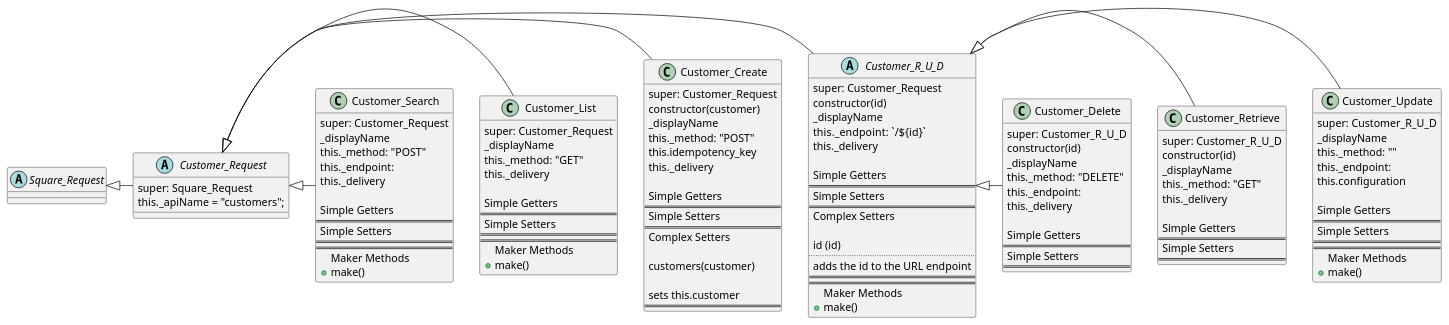
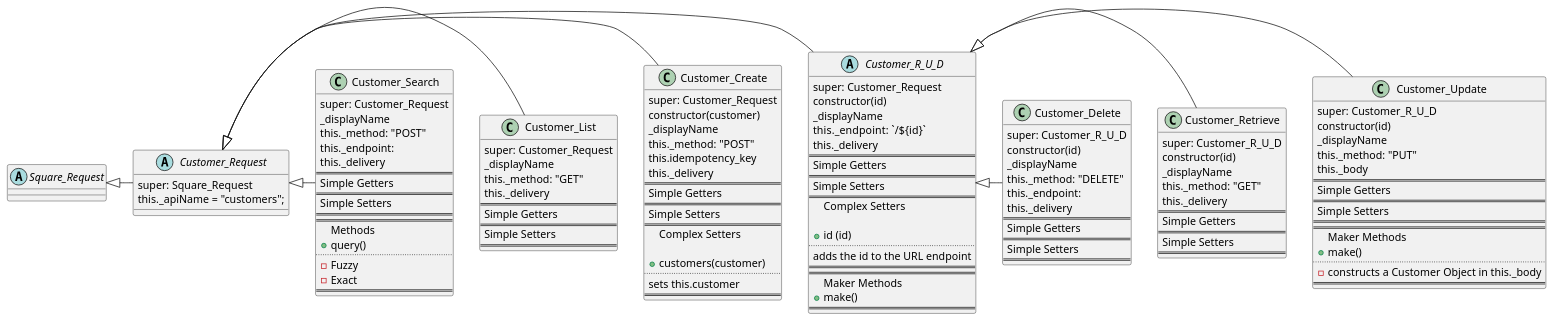
The diagram in docs/uml/pie_customer_api.puml (TwoFistedJustice/square-pie), drawn with PlantUML before and after one commit.

Commit message:
docs: diagram Customer_Update

```diff
--- a/docs/uml/pie_customer_api.puml
+++ b/docs/uml/pie_customer_api.puml
@@ -1,146 +1,151 @@
 @startuml
 'https://plantuml.com/class-diagram
 
 Square_Request <|- Customer_Request
 Customer_Request <|- Customer_R_U_D
 Customer_R_U_D <|- Customer_Update
 Customer_R_U_D <|- Customer_Retrieve
 Customer_R_U_D <|- Customer_Delete
 Customer_Request <|- Customer_Create
 Customer_Request <|- Customer_List
 Customer_Request <|- Customer_Search
 
 abstract class Square_Request {}
 abstract class Customer_Request {
 super: Square_Request
 this._apiName = "customers";
 }
 
 abstract class Customer_R_U_D {
 super: Customer_Request
 constructor(id)
 _displayName
 this._endpoint:  `/${id}`
 this._delivery
-
+==
 Simple Getters
 ==
 Simple Setters
 ==
 Complex Setters
 
-id (id)
++id (id)
 ..
 adds the id to the URL endpoint
 ==
 ==
 Maker Methods
 +make()
-}
-class Customer_Update {
-super: Customer_R_U_D
-_displayName
-this._method: ""
-this._endpoint:
-this.configuration
-
-Simple Getters
 ==
-Simple Setters
-==
-==
-Maker Methods
-+make()
 }
 class Customer_Retrieve {
 super: Customer_R_U_D
 constructor(id)
 _displayName
 this._method: "GET"
 this._delivery
-
+==
 Simple Getters
 ==
 Simple Setters
 ==
 }
 class Customer_Delete {
 super: Customer_R_U_D
 constructor(id)
 _displayName
 this._method: "DELETE"
 this._endpoint:
 this._delivery
-
+==
 Simple Getters
 ==
 Simple Setters
 ==
 }
 
 class Customer_Create {
 super: Customer_Request
 constructor(customer)
 _displayName
 this._method: "POST"
 this.idempotency_key
 this._delivery
-
+==
 Simple Getters
 ==
 Simple Setters
 ==
 Complex Setters
 
-customers(customer)
-
++customers(customer)
+..
 sets this.customer
 ==
 }
 class Customer_List {
 super: Customer_Request
 _displayName
 this._method: "GET"
 this._delivery
+==
+Simple Getters
+==
+Simple Setters
+==
+}
+class Customer_Search {
+super: Customer_Request
+_displayName
+this._method: "POST"
+this._endpoint:
+this._delivery
+==
+Simple Getters
+==
+Simple Setters
+==
+==
+Methods
++query()
+..
+-Fuzzy
+-Exact
+==
+}
 
+
+
+
+
+class Customer_Update {
+super: Customer_R_U_D
+constructor(id)
+_displayName
+this._method: "PUT"
+this._body
+==
 Simple Getters
 ==
 Simple Setters
 ==
 ==
 Maker Methods
 +make()
-}
-class Customer_Search {
-super: Customer_Request
-_displayName
-this._method: "POST"
-this._endpoint:
-this._delivery
-
-Simple Getters
+..
+- constructs a Customer Object in this._body
 ==
-Simple Setters
-==
-==
-Maker Methods
-+make()
 }
 
 
 
 
 
 
 
 
 
 
 
 
-
-
-
-
-
 @enduml
```
